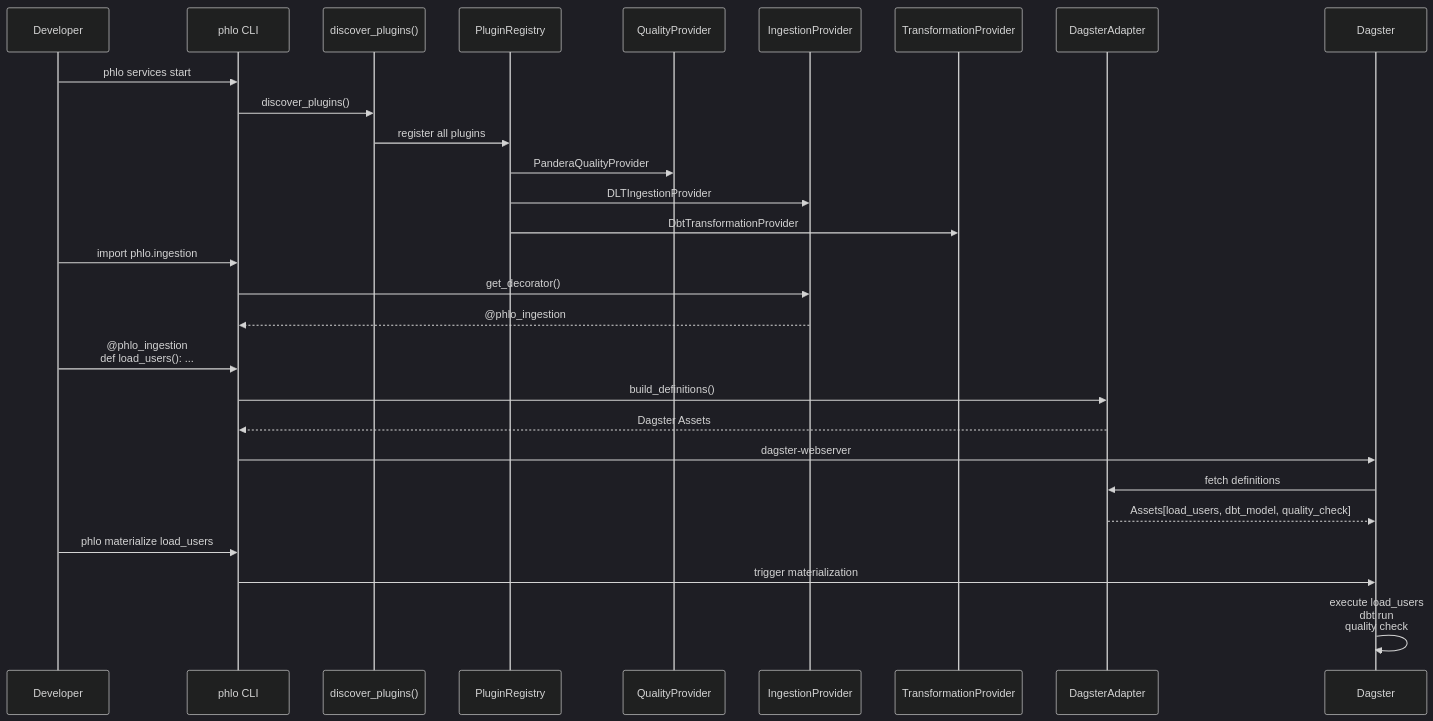
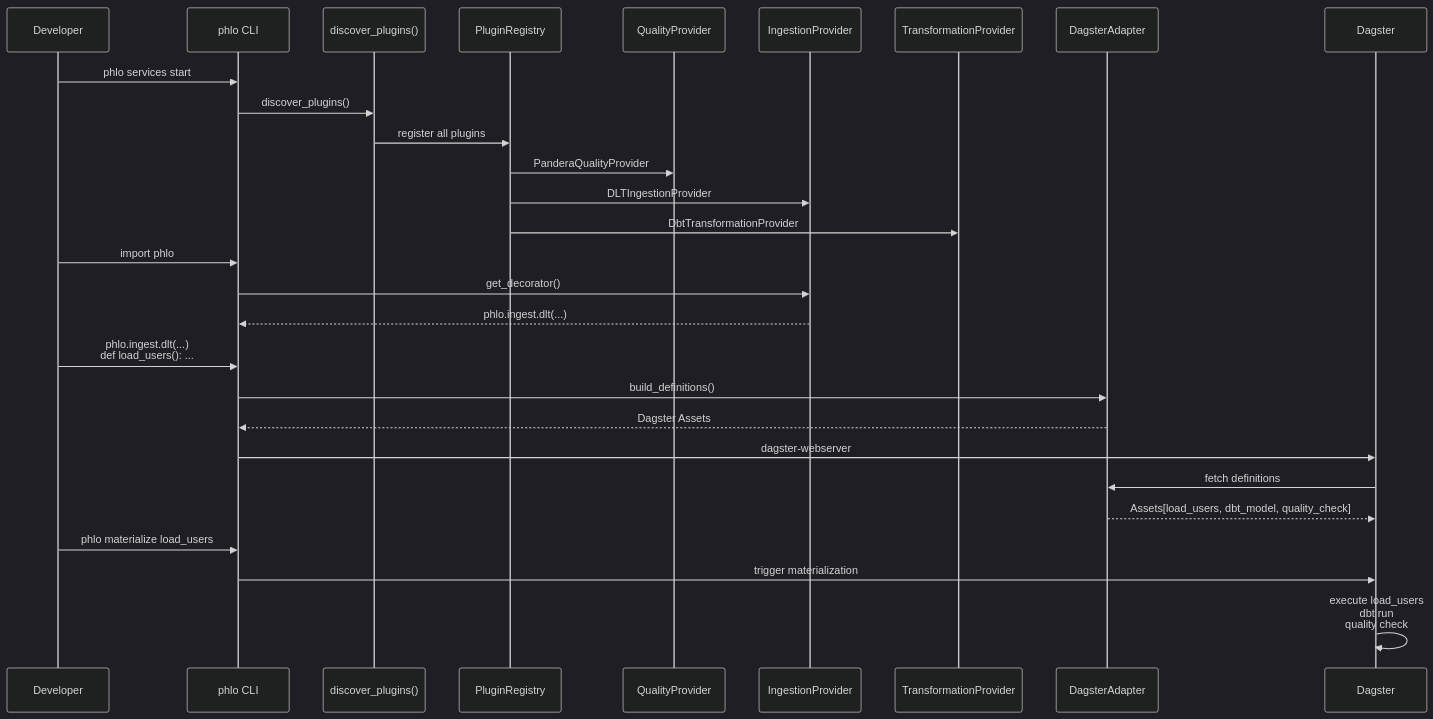
One commit to phlohouse/website changed the second of 2 diagrams in web-next/content/phlo-docs/reference/plugin-architecture.mdx. Above: the diagram before and after it, drawn with Mermaid (dark theme). The commit also changed other lines of this file and 39 other files, not shown here.

````diff
--- a/web-next/content/phlo-docs/reference/plugin-architecture.mdx
+++ b/web-next/content/phlo-docs/reference/plugin-architecture.mdx
@@ -140,35 +140,35 @@
 ```mermaid
 sequenceDiagram
     participant D as Developer
     participant P as phlo CLI
     participant DIS as discover_plugins()
     participant REG as PluginRegistry
     participant QP as QualityProvider
     participant IP as IngestionProvider
     participant TP as TransformationProvider
     participant DA as DagsterAdapter
     participant DAGT as Dagster
 
     D->>P: phlo services start
     P->>DIS: discover_plugins()
     DIS->>REG: register all plugins
     REG->>QP: PanderaQualityProvider
     REG->>IP: DLTIngestionProvider
     REG->>TP: DbtTransformationProvider
 
-    D->>P: import phlo.ingestion
+    D->>P: import phlo
     P->>IP: get_decorator()
-    IP-->>P: @phlo_ingestion
+    IP-->>P: phlo.ingest.dlt(...)
 
-    D->>P: @phlo_ingestion<br/>def load_users(): ...
+    D->>P: phlo.ingest.dlt(...)<br/>def load_users(): ...
     P->>DA: build_definitions()
     DA-->>P: Dagster Assets
 
     P->>DAGT: dagster-webserver
     DAGT->>DA: fetch definitions
     DA-->>DAGT: Assets[load_users, dbt_model, quality_check]
 
     D->>P: phlo materialize load_users
     P->>DAGT: trigger materialization
     DAGT->>DAGT: execute load_users<br/>dbt run<br/>quality check
 ```
````
